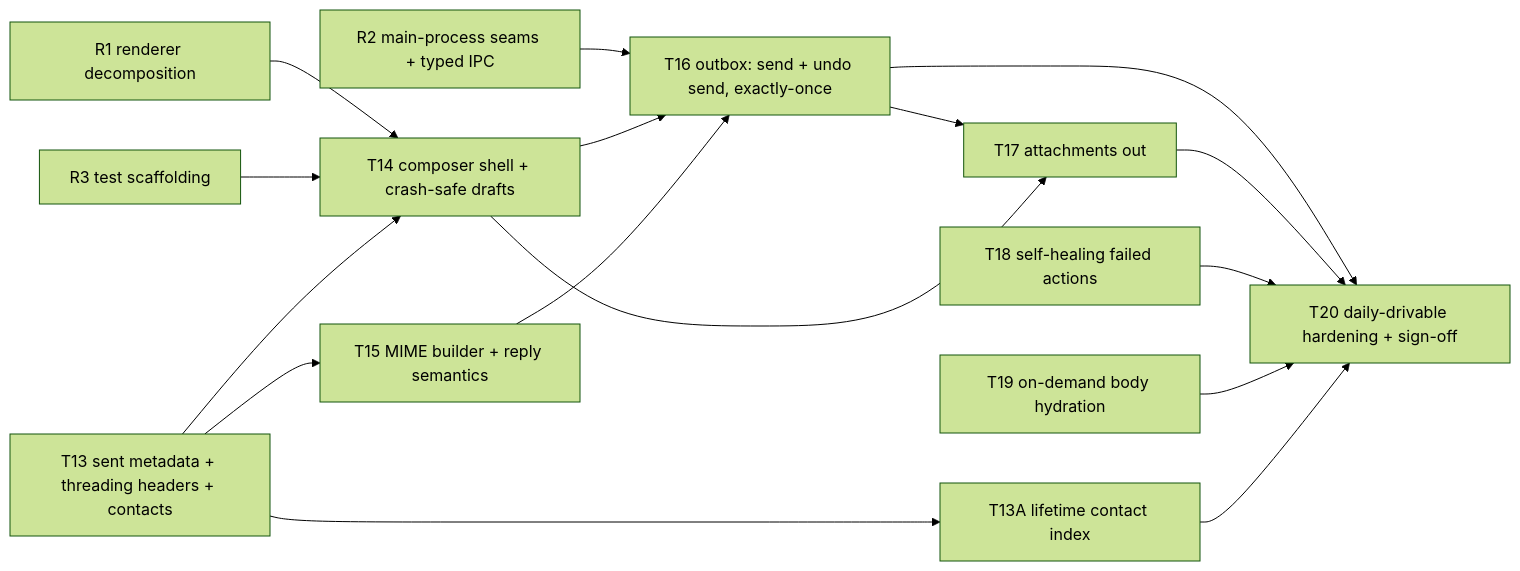
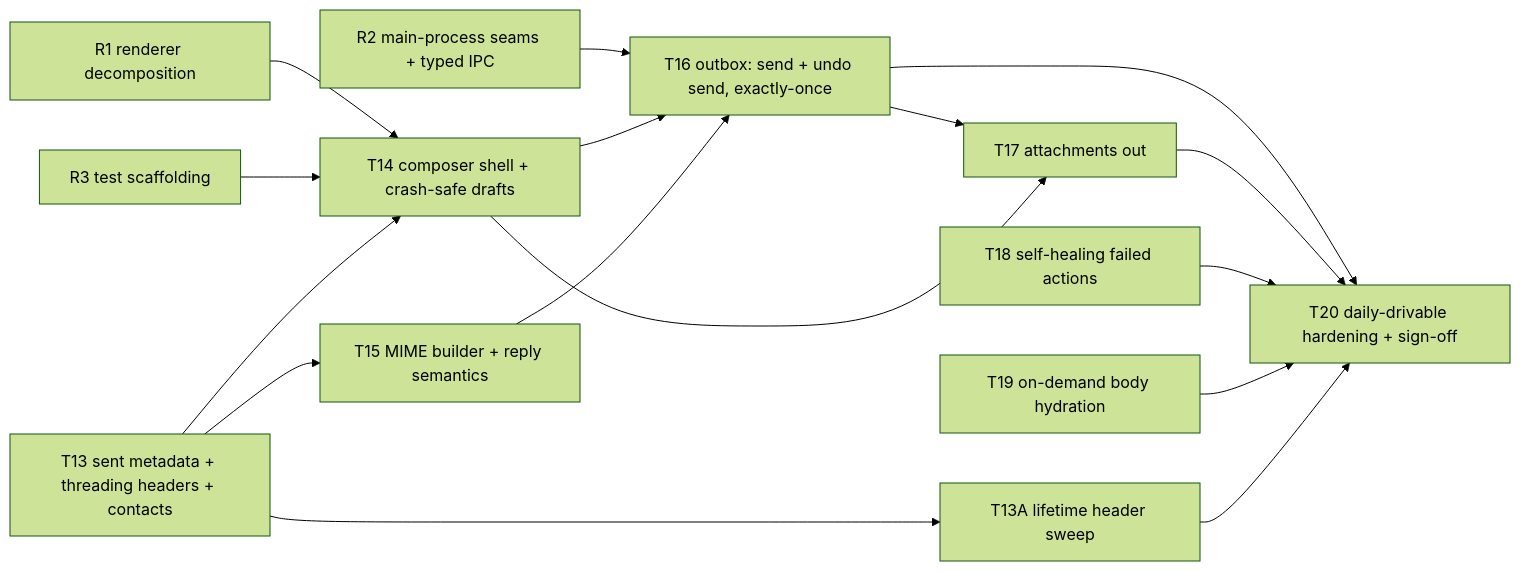
One commit to stephenw310/attn changed the diagram in docs/M2-PLAN.md. Above: the diagram before and after it, drawn with Mermaid (forest theme). The commit also changed other lines of this file and 4 other files, not shown here.

````diff
--- a/docs/M2-PLAN.md
+++ b/docs/M2-PLAN.md
@@ -15,31 +15,31 @@
 ```mermaid
 graph LR
   R1[R1 renderer decomposition]
   R2[R2 main-process seams + typed IPC]
   R3[R3 test scaffolding]
   T13[T13 sent metadata + threading headers + contacts]
-  T13A[T13A lifetime contact index]
+  T13A[T13A lifetime header sweep]
   T14[T14 composer shell + crash-safe drafts]
   T15[T15 MIME builder + reply semantics]
   T16[T16 outbox: send + undo send, exactly-once]
   T17[T17 attachments out]
   T18[T18 self-healing failed actions]
   T19[T19 on-demand body hydration]
   T20[T20 daily-drivable hardening + sign-off]
 
   R1 --> T14
   R2 --> T16
   R3 --> T14
   T13 --> T14
   T13 --> T15
   T13 --> T13A
   T14 --> T16
   T15 --> T16
   T16 --> T17
   T14 --> T17
   T16 --> T20
   T17 --> T20
   T18 --> T20
   T19 --> T20
   T13A --> T20
 ```
````
